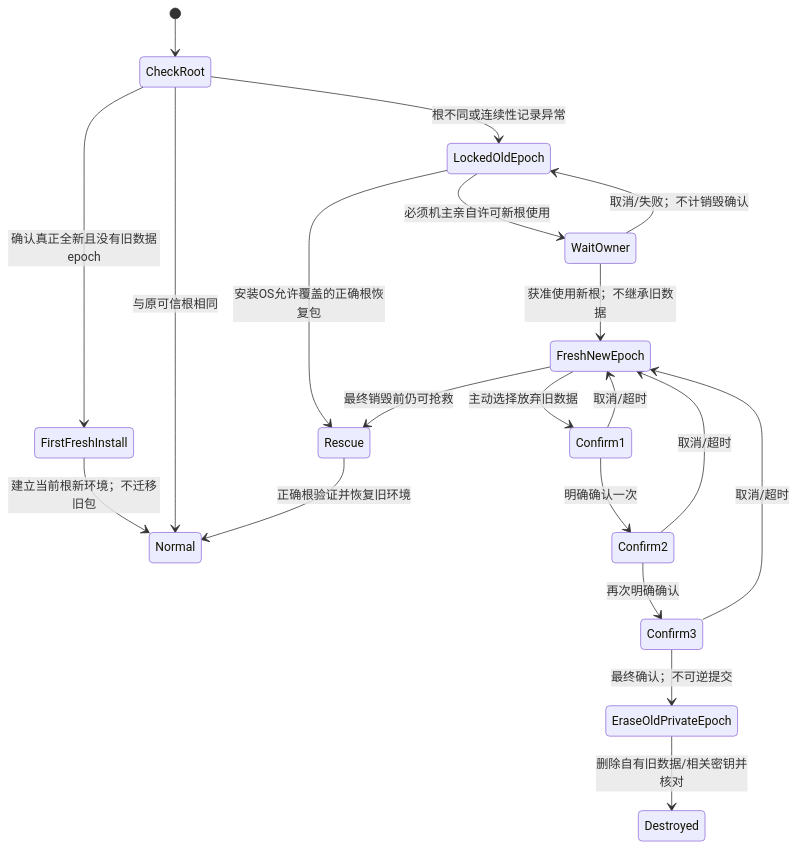
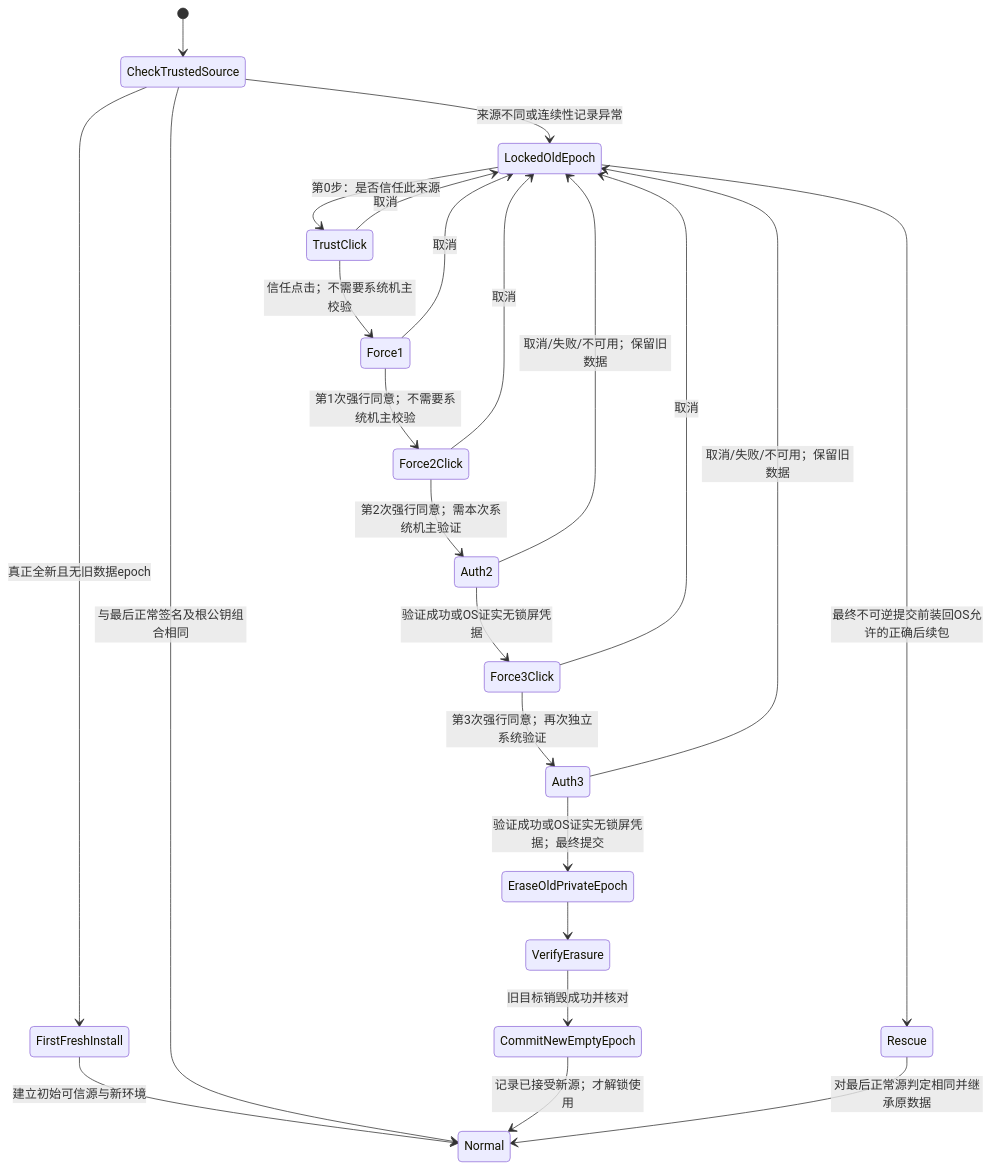
Before and after one commit to 13513208952/ReBrowser: the first of 3 diagrams in planning/geckoview-v2/views/09-root-continuity-and-data.md, drawn with Mermaid. The commit also changed other lines of this file and 23 other files, not shown here.

Commit message:
docs: specify four-step owner confirmation and last-good source recovery

````diff
--- a/planning/geckoview-v2/views/09-root-continuity-and-data.md
+++ b/planning/geckoview-v2/views/09-root-continuity-and-data.md
@@ -3,22 +3,26 @@
 ```mermaid
 stateDiagram-v2
-  [*] --> CheckRoot
-  CheckRoot --> FirstFreshInstall: 确认真正全新且没有旧数据epoch
-  FirstFreshInstall --> Normal: 建立当前根新环境；不迁移旧包
-  CheckRoot --> Normal: 与原可信根相同
-  CheckRoot --> LockedOldEpoch: 根不同或连续性记录异常
-  LockedOldEpoch --> WaitOwner: 必须机主亲自许可新根使用
-  WaitOwner --> LockedOldEpoch: 取消/失败；不计销毁确认
-  WaitOwner --> FreshNewEpoch: 获准使用新根；不继承旧数据
-  LockedOldEpoch --> Rescue: 安装OS允许覆盖的正确根恢复包
-  FreshNewEpoch --> Rescue: 最终销毁前仍可抢救
-  FreshNewEpoch --> Confirm1: 主动选择放弃旧数据
-  Confirm1 --> Confirm2: 明确确认一次
-  Confirm2 --> Confirm3: 再次明确确认
-  Confirm3 --> EraseOldPrivateEpoch: 最终确认；不可逆提交
-  Confirm1 --> FreshNewEpoch: 取消/超时
-  Confirm2 --> FreshNewEpoch: 取消/超时
-  Confirm3 --> FreshNewEpoch: 取消/超时
-  EraseOldPrivateEpoch --> Destroyed: 删除自有旧数据/相关密钥并核对
-  Rescue --> Normal: 正确根验证并恢复旧环境
+  [*] --> CheckTrustedSource
+  CheckTrustedSource --> FirstFreshInstall: 真正全新且无旧数据epoch
+  FirstFreshInstall --> Normal: 建立初始可信源与新环境
+  CheckTrustedSource --> Normal: 与最后正常签名及根公钥组合相同
+  CheckTrustedSource --> LockedOldEpoch: 来源不同或连续性记录异常
+  LockedOldEpoch --> TrustClick: 第0步：是否信任此来源
+  TrustClick --> Force1: 信任点击；不需要系统机主校验
+  Force1 --> Force2Click: 第1次强行同意；不需要系统机主校验
+  Force2Click --> Auth2: 第2次强行同意；需本次系统机主验证
+  Auth2 --> Force3Click: 验证成功或OS证实无锁屏凭据
+  Force3Click --> Auth3: 第3次强行同意；再次独立系统验证
+  Auth3 --> EraseOldPrivateEpoch: 验证成功或OS证实无锁屏凭据；最终提交
+  EraseOldPrivateEpoch --> VerifyErasure
+  VerifyErasure --> CommitNewEmptyEpoch: 旧目标销毁成功并核对
+  CommitNewEmptyEpoch --> Normal: 记录已接受新源；才解锁使用
+  Auth2 --> LockedOldEpoch: 取消/失败/不可用；保留旧数据
+  Auth3 --> LockedOldEpoch: 取消/失败/不可用；保留旧数据
+  TrustClick --> LockedOldEpoch: 取消
+  Force1 --> LockedOldEpoch: 取消
+  Force2Click --> LockedOldEpoch: 取消
+  Force3Click --> LockedOldEpoch: 取消
+  LockedOldEpoch --> Rescue: 最终不可逆提交前装回OS允许的正确后续包
+  Rescue --> Normal: 对最后正常源判定相同并继承原数据
 ```
````
